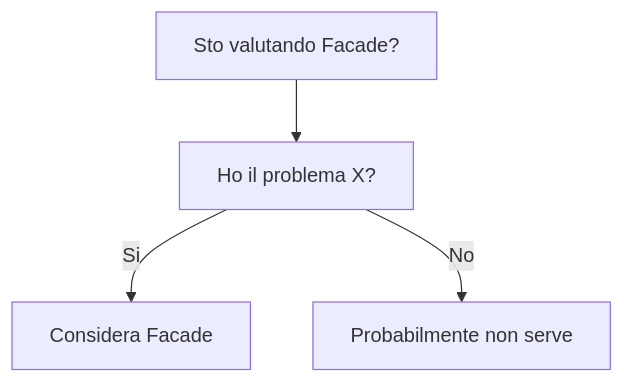
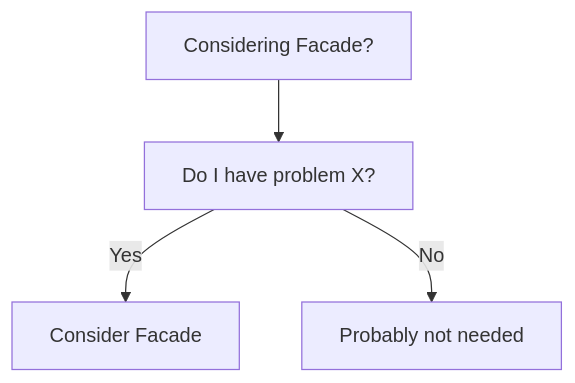
One commit to HxT9/Software-Dev-Wiki changed the diagram in dev-wiki/03_Design_Patterns/Structural/Facade/When_To_Use.md. Above: the diagram before and after it, drawn with Mermaid. The commit also changed other lines of this file and 3444 other files, not shown here.

````diff
--- a/dev-wiki/03_Design_Patterns/Structural/Facade/When_To_Use.md
+++ b/dev-wiki/03_Design_Patterns/Structural/Facade/When_To_Use.md
@@ -19,6 +19,6 @@
 ```mermaid
 flowchart TD
-  Q[Sto valutando Facade?] --> Q1[Ho il problema X?]
-  Q1 -->|Si| OK[Considera Facade]
-  Q1 -->|No| NO[Probabilmente non serve]
+  Q[Considering Facade?] --> Q1[Do I have problem X?]
+  Q1 -->|Yes| OK[Consider Facade]
+  Q1 -->|No| NO[Probably not needed]
 ```
````
